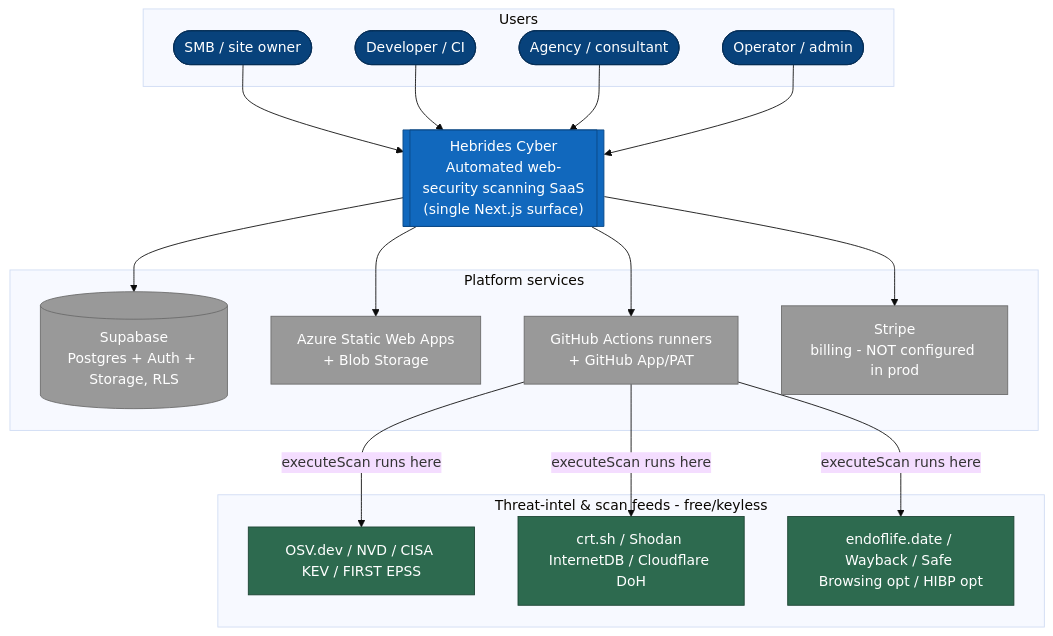
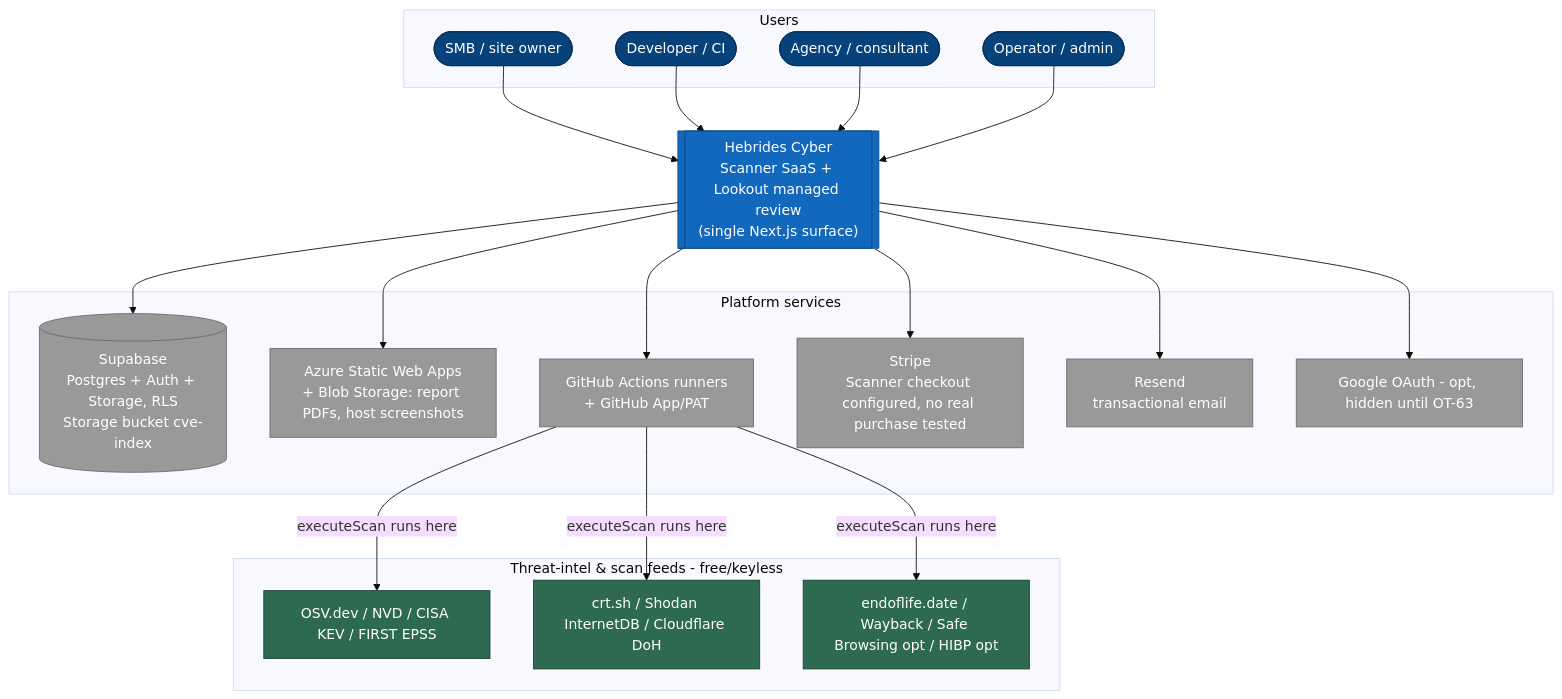
Before and after one commit to andrew-barvas/hebrides-cyber: the first of 7 diagrams in hebridescyber-app/docs/architecture.md, drawn with Mermaid (base theme). The commit also changed other lines of this file and 17 other files, not shown here.

````diff
--- a/hebridescyber-app/docs/architecture.md
+++ b/hebridescyber-app/docs/architecture.md
@@ -19,29 +19,31 @@
 ```mermaid
 flowchart TB
     classDef person fill:#08427b,stroke:#052e56,color:#fff
     classDef system fill:#1168bd,stroke:#0b4884,color:#fff
     classDef ext fill:#999,stroke:#6b6b6b,color:#fff
     classDef feed fill:#2d6a4f,stroke:#1b4332,color:#fff
 
     subgraph Users
         U1([SMB / site owner]):::person
         U2([Developer / CI]):::person
         U3([Agency / consultant]):::person
         U4([Operator / admin]):::person
     end
-    HC[["Hebrides Cyber<br/>Automated web-security scanning SaaS<br/>(single Next.js surface)"]]:::system
+    HC[["Hebrides Cyber<br/>Scanner SaaS + Lookout managed review<br/>(single Next.js surface)"]]:::system
     U1 & U2 & U3 & U4 --> HC
     subgraph Platform_services[Platform services]
-        SB[(Supabase<br/>Postgres + Auth + Storage, RLS)]:::ext
-        AZ[Azure Static Web Apps<br/>+ Blob Storage]:::ext
+        SB[(Supabase<br/>Postgres + Auth + Storage, RLS<br/>Storage bucket cve-index)]:::ext
+        AZ[Azure Static Web Apps<br/>+ Blob Storage: report PDFs, host screenshots]:::ext
         GH[GitHub Actions runners<br/>+ GitHub App/PAT]:::ext
-        ST[Stripe<br/>billing - NOT configured in prod]:::ext
+        ST[Stripe<br/>Scanner checkout configured, no real purchase tested]:::ext
+        RS[Resend<br/>transactional email]:::ext
+        GO[Google OAuth - opt, hidden until OT-63]:::ext
     end
     subgraph Intel[Threat-intel & scan feeds - free/keyless]
         F1[OSV.dev / NVD / CISA KEV / FIRST EPSS]:::feed
         F2[crt.sh / Shodan InternetDB / Cloudflare DoH]:::feed
         F3[endoflife.date / Wayback / Safe Browsing opt / HIBP opt]:::feed
     end
-    HC --> SB & AZ & GH & ST
+    HC --> SB & AZ & GH & ST & RS & GO
     GH -->|executeScan runs here| F1 & F2 & F3
 ```
````
